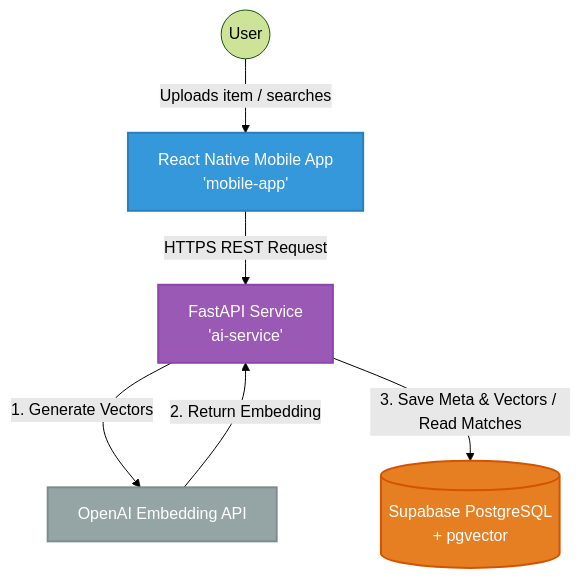
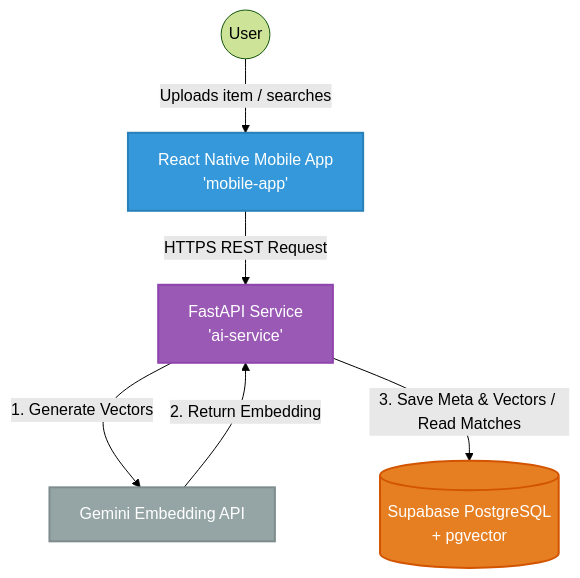
The diagram in README.md (Yug-More/find-it), drawn with Mermaid (forest theme) before and after one commit. The commit also changed other lines of this file, not shown here.

Commit message:
Update architecture docs and diagram: OpenAI -> Gemini

````diff
--- a/README.md
+++ b/README.md
@@ -23,24 +23,24 @@
 ```mermaid
 graph TD
     %% Define Styles
     classDef client fill:#3498db,stroke:#2980b9,stroke-width:2px,color:#fff;
     classDef aiBackend fill:#9b59b6,stroke:#8e44ad,stroke-width:2px,color:#fff;
     classDef database fill:#e67e22,stroke:#d35400,stroke-width:2px,color:#fff;
     classDef external fill:#95a5a6,stroke:#7f8c8d,stroke-width:2px,color:#fff;
 
     %% Nodes
     User((User))
     MobileApp[React Native Mobile App<br/>'mobile-app']:::client
     AIService[FastAPI Service<br/>'ai-service']:::aiBackend
     SupabaseDB[(Supabase PostgreSQL<br/>+ pgvector)]:::database
-    OpenAI[OpenAI Embedding API]:::external
+    Gemini[Gemini Embedding API]:::external
 
     %% Data Flows
     User -->|Uploads item / searches| MobileApp
     MobileApp -->|HTTPS REST Request| AIService
 
-    AIService -->|1. Generate Vectors| OpenAI
-    OpenAI -->|2. Return Embedding| AIService
+    AIService -->|1. Generate Vectors| Gemini
+    Gemini -->|2. Return Embedding| AIService
 
     AIService -->|3. Save Meta & Vectors / Read Matches| SupabaseDB
 ```
````
